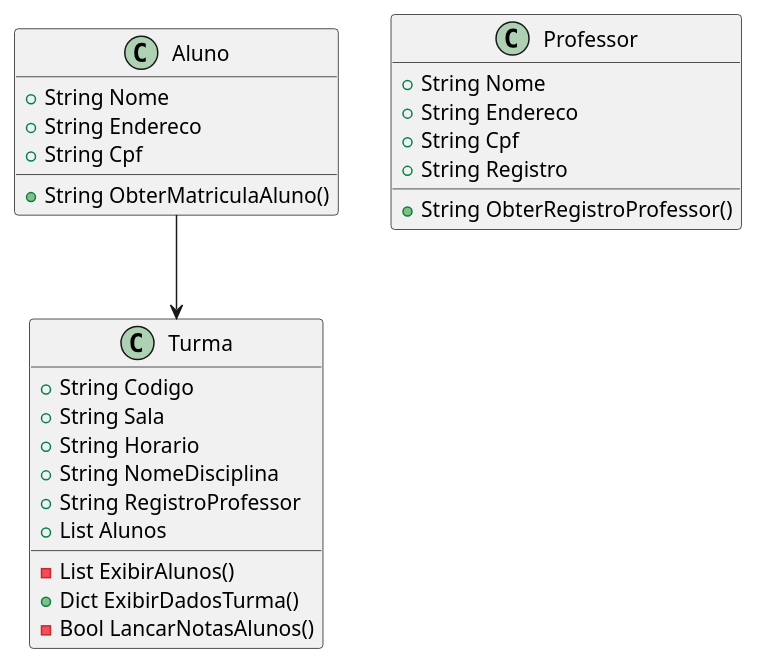
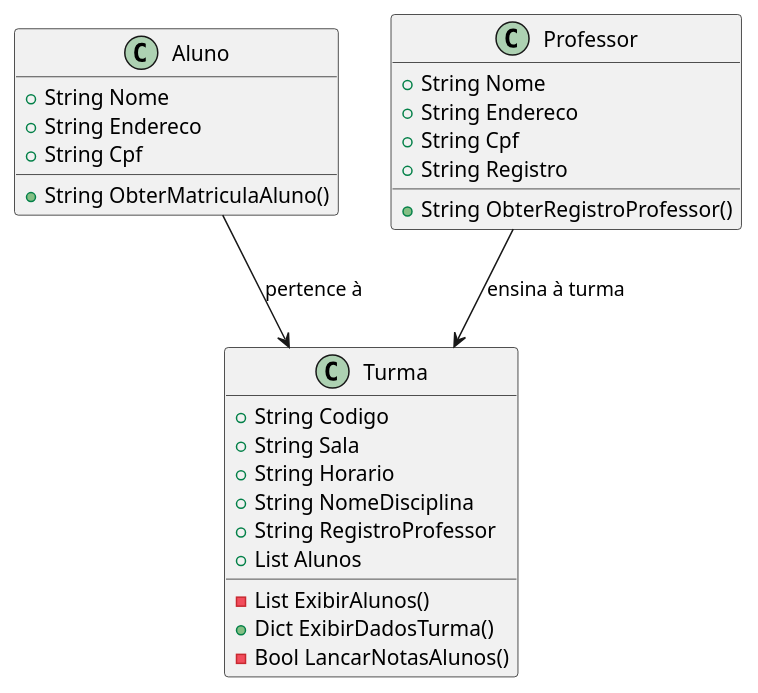
Before and after one commit to danhpaiva/university-diagram-plantUml: the diagram in university.plantuml, drawn with PlantUML. The commit also changed 1 other file, not shown here.

Commit message:
exported diagram

```diff
--- a/university.plantuml
+++ b/university.plantuml
@@ -1,31 +1,32 @@
 @startuml
   class Aluno {
     +String Nome
     +String Endereco
     +String Cpf
     +String ObterMatriculaAluno()
   }
 
   class Professor {
     +String Nome
     +String Endereco
     +String Cpf
     +String Registro
     +String ObterRegistroProfessor()
   }
 
   class Turma {
     +String Codigo
     +String Sala
     +String Horario
     +String NomeDisciplina
     +String RegistroProfessor
     +List Alunos
     -List ExibirAlunos()
     +Dict ExibirDadosTurma()
     -Bool LancarNotasAlunos() 
   }
 
-  Aluno --> Turma
-  
+  Aluno --> Turma : pertence à
+  Professor --> Turma : ensina à turma
+
 @enduml
```
